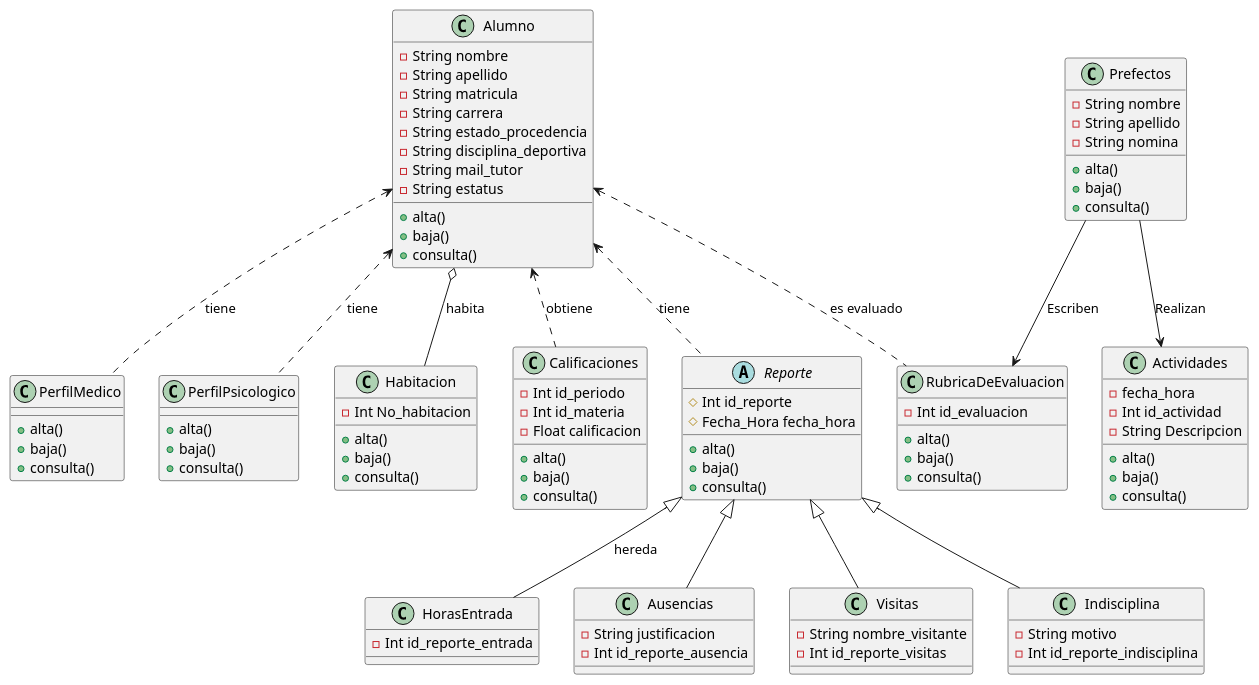
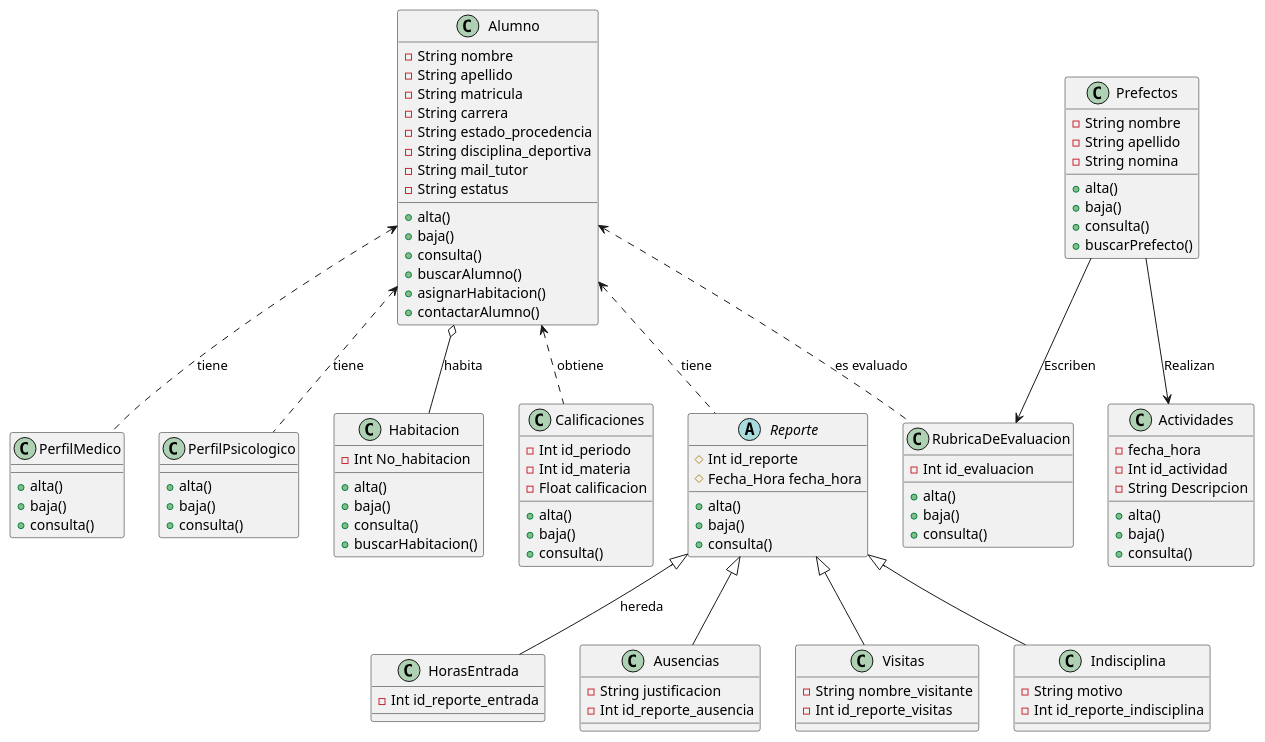
Before and after one commit to axgtz/AyM-de-Sistemas-de-Software: the diagram in Proyecto/diagramaClases.puml, drawn with PlantUML. The commit also changed 14 other files, not shown here.

```diff
--- a/Proyecto/diagramaClases.puml
+++ b/Proyecto/diagramaClases.puml
@@ -1,119 +1,124 @@
 @startuml
   class Alumno{
     - String nombre
     - String apellido
     - String matricula
     - String carrera
     - String estado_procedencia
     - String disciplina_deportiva
     - String mail_tutor
     - String estatus
     + alta()
     + baja()
     + consulta()
+    + buscarAlumno()
+    + asignarHabitacion()
+    + contactarAlumno()
   }
 
   class Habitacion{
     - Int No_habitacion
     + alta()
     + baja()
     + consulta()
+    + buscarHabitacion()
   }
 
   class Calificaciones{
     - Int id_periodo
     - Int id_materia
     - Float calificacion
     + alta()
     + baja()
     + consulta()
   }
 
   class PerfilMedico{
     + alta()
     + baja()
     + consulta()
   }
 
   class PerfilPsicologico{
     + alta()
     + baja()
     + consulta()
   }
 
   class RubricaDeEvaluacion{
     - Int id_evaluacion
     + alta()
     + baja()
     + consulta()
   }
 
   class Prefectos{
     - String nombre
     - String apellido
     - String nomina
     + alta()
     + baja()
     + consulta()
+    + buscarPrefecto()
   }
 
   class Actividades{
     - fecha_hora
     - Int id_actividad
     - String Descripcion
     + alta()
     + baja()
     + consulta()
   }
 
   abstract class Reporte{
     # Int id_reporte
     # Fecha_Hora fecha_hora
     + alta()
     + baja()
     + consulta()
   }
 
   class HorasEntrada{
     - Int id_reporte_entrada
   }
 
   class Ausencias{
     - String justificacion
     - Int id_reporte_ausencia
   }
 
   class Visitas{
     - String nombre_visitante
     - Int id_reporte_visitas
   }
 
   class Indisciplina{
     - String motivo
     - Int id_reporte_indisciplina
   }
 
   Alumno <.. Calificaciones : obtiene
 
   Alumno <.. Reporte : tiene
 
   Reporte <|--  Visitas
 
   Reporte <|--  Ausencias
 
   Reporte <|--  Indisciplina
 
   Reporte <|--  HorasEntrada : hereda
 
   Alumno <.. PerfilPsicologico : tiene
 
   Alumno <.. PerfilMedico : tiene
 
   Alumno o-- Habitacion : habita
 
   Alumno <.. RubricaDeEvaluacion : es evaluado
 
   Prefectos -->  RubricaDeEvaluacion : Escriben
 
   Prefectos -->  Actividades : Realizan
 @enduml
```
